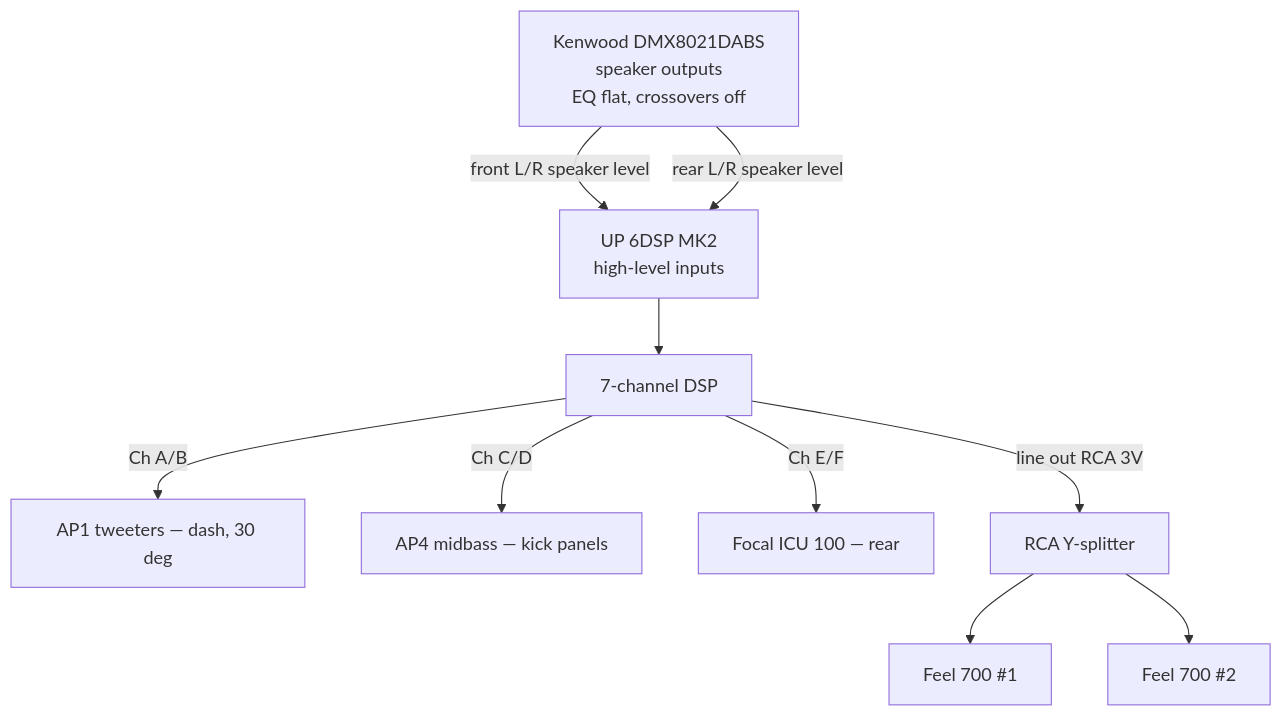
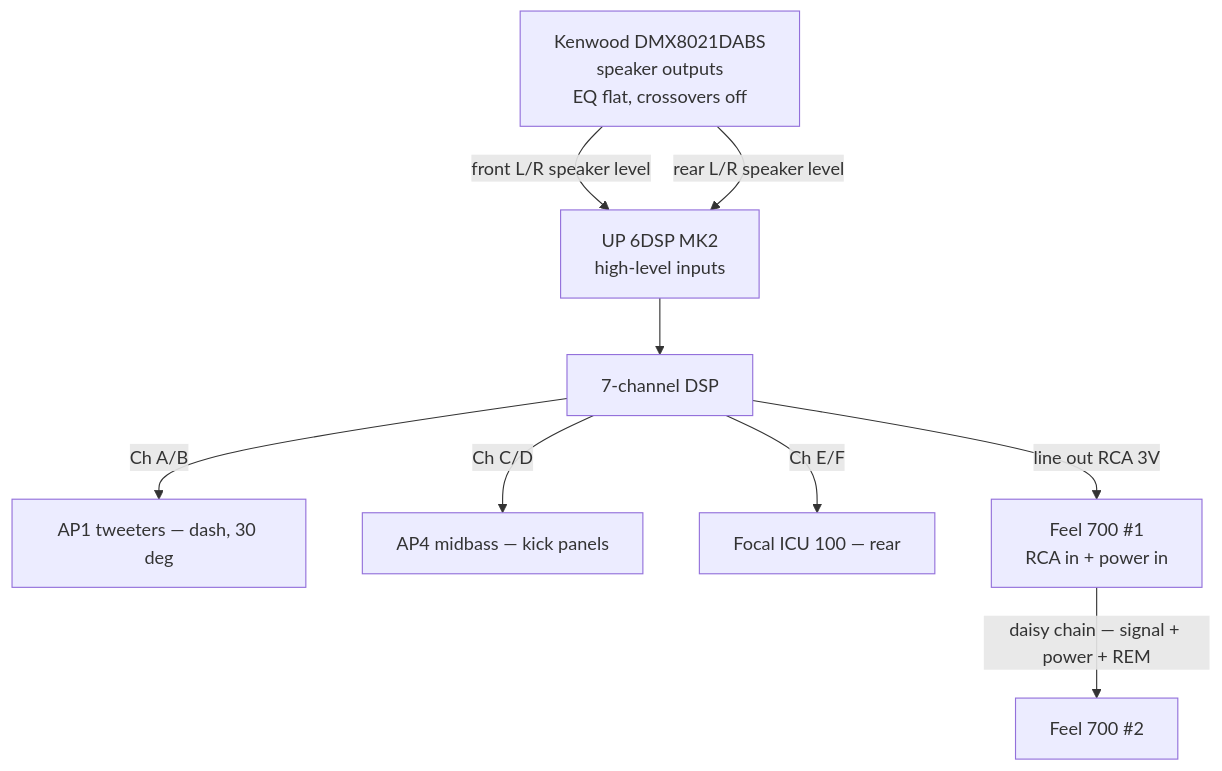
One commit to badsyntax/jimny-sound changed the first of 2 diagrams in AUDIO-UPGRADE.md. Above: the diagram before and after it, drawn with Mermaid. The commit also changed other lines of this file and 1 other file, not shown here.

First line of the commit message:
Drop the RCA Y-splitter: signal chains through sub 1 as well

````diff
--- a/AUDIO-UPGRADE.md
+++ b/AUDIO-UPGRADE.md
@@ -64,13 +64,12 @@
 ```mermaid
 flowchart TD
     HU["Kenwood DMX8021DABS<br/>speaker outputs<br/>EQ flat, crossovers off"]
     HU -->|"front L/R speaker level"| HLIN["UP 6DSP MK2<br/>high-level inputs"]
     HU -->|"rear L/R speaker level"| HLIN
     HLIN --> DSP["7-channel DSP"]
     DSP -->|"Ch A/B"| TW["AP1 tweeters — dash, 30 deg"]
     DSP -->|"Ch C/D"| MID["AP4 midbass — kick panels"]
     DSP -->|"Ch E/F"| REAR["Focal ICU 100 — rear"]
-    DSP -->|"line out RCA 3V"| YSPLIT["RCA Y-splitter"]
-    YSPLIT --> SUB1["Feel 700 #1"]
-    YSPLIT --> SUB2["Feel 700 #2"]
+    DSP -->|"line out RCA 3V"| SUB1["Feel 700 #1<br/>RCA in + power in"]
+    SUB1 -->|"daisy chain — signal + power + REM"| SUB2["Feel 700 #2"]
 ```
````
